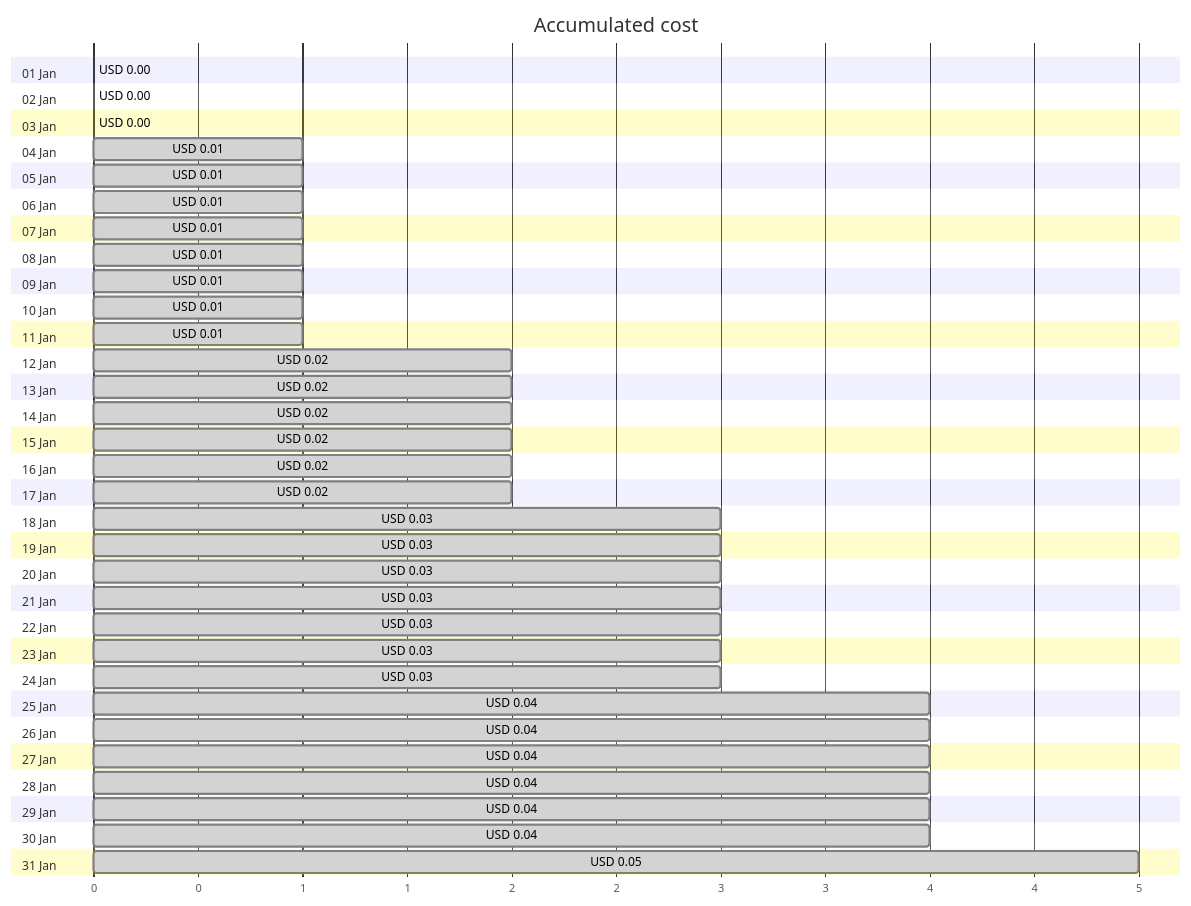
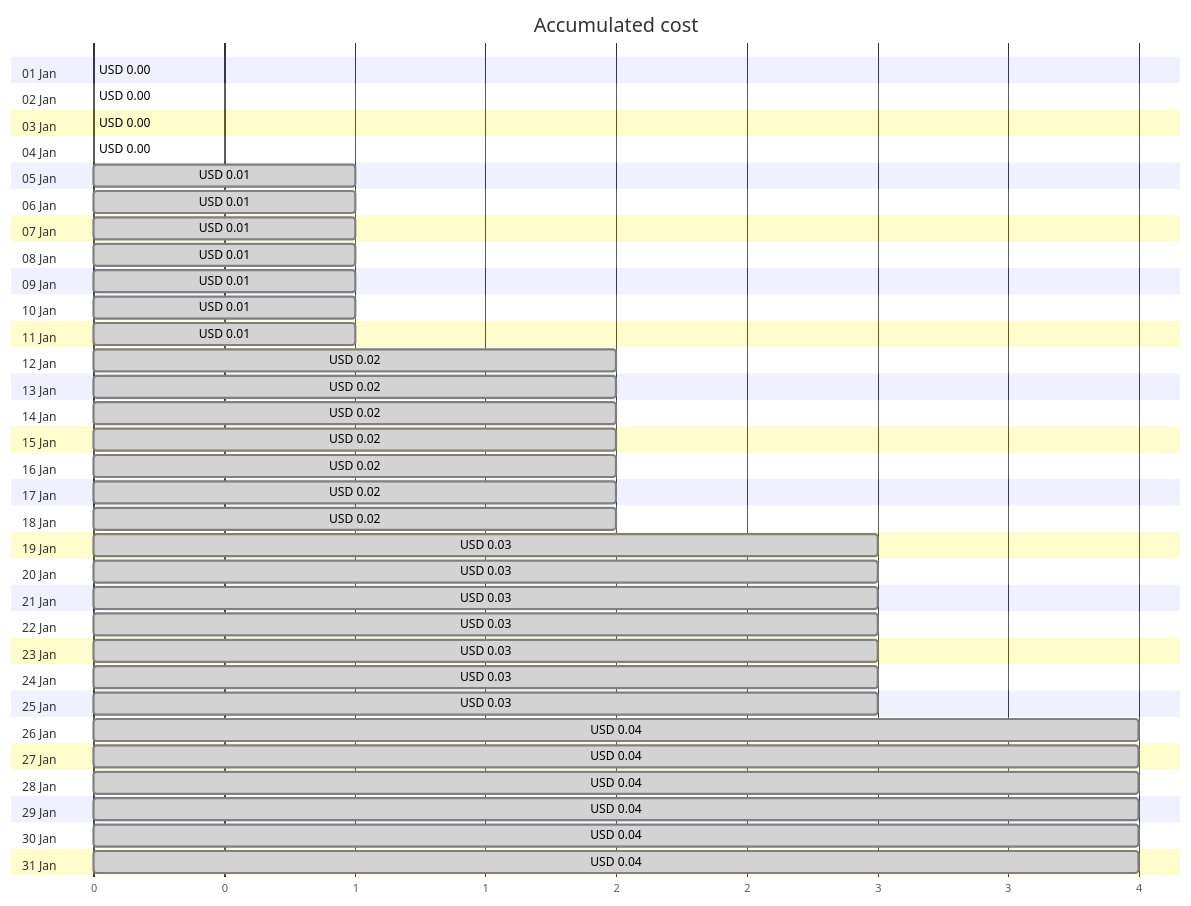
One commit to jpfulton/azure-personal-reports changed the first of 4 diagrams in cost-reports/personal-site/personalsiteapistorage.md. Above: the diagram before and after it, drawn with Mermaid. The commit also changed other lines of this file and 6 other files, not shown here.

````diff
--- a/cost-reports/personal-site/personalsiteapistorage.md
+++ b/cost-reports/personal-site/personalsiteapistorage.md
@@ -20,68 +20,68 @@
 ```mermaid
 gantt
    title Accumulated cost
    dateFormat  X
    axisFormat %s
    section 01 Jan
    USD 0.00 :0, 0
    section 02 Jan
-   USD 0.00 : done, 0, 0
+   USD 0.00 :0, 0
    section 03 Jan
    USD 0.00 : done, 0, 0
    section 04 Jan
-   USD 0.01 : done, 0, 1
+   USD 0.00 : done, 0, 0
    section 05 Jan
    USD 0.01 : done, 0, 1
    section 06 Jan
    USD 0.01 : done, 0, 1
    section 07 Jan
    USD 0.01 : done, 0, 1
    section 08 Jan
    USD 0.01 : done, 0, 1
    section 09 Jan
    USD 0.01 : done, 0, 1
    section 10 Jan
    USD 0.01 : done, 0, 1
    section 11 Jan
    USD 0.01 : done, 0, 1
    section 12 Jan
    USD 0.02 : done, 0, 2
    section 13 Jan
    USD 0.02 : done, 0, 2
    section 14 Jan
    USD 0.02 : done, 0, 2
    section 15 Jan
    USD 0.02 : done, 0, 2
    section 16 Jan
    USD 0.02 : done, 0, 2
    section 17 Jan
    USD 0.02 : done, 0, 2
    section 18 Jan
-   USD 0.03 : done, 0, 3
+   USD 0.02 : done, 0, 2
    section 19 Jan
    USD 0.03 : done, 0, 3
    section 20 Jan
    USD 0.03 : done, 0, 3
    section 21 Jan
    USD 0.03 : done, 0, 3
    section 22 Jan
    USD 0.03 : done, 0, 3
    section 23 Jan
    USD 0.03 : done, 0, 3
    section 24 Jan
    USD 0.03 : done, 0, 3
    section 25 Jan
-   USD 0.04 : done, 0, 4
+   USD 0.03 : done, 0, 3
    section 26 Jan
    USD 0.04 : done, 0, 4
    section 27 Jan
    USD 0.04 : done, 0, 4
    section 28 Jan
    USD 0.04 : done, 0, 4
    section 29 Jan
    USD 0.04 : done, 0, 4
    section 30 Jan
    USD 0.04 : done, 0, 4
    section 31 Jan
-   USD 0.05 : done, 0, 5
+   USD 0.04 : done, 0, 4
 ```
````
